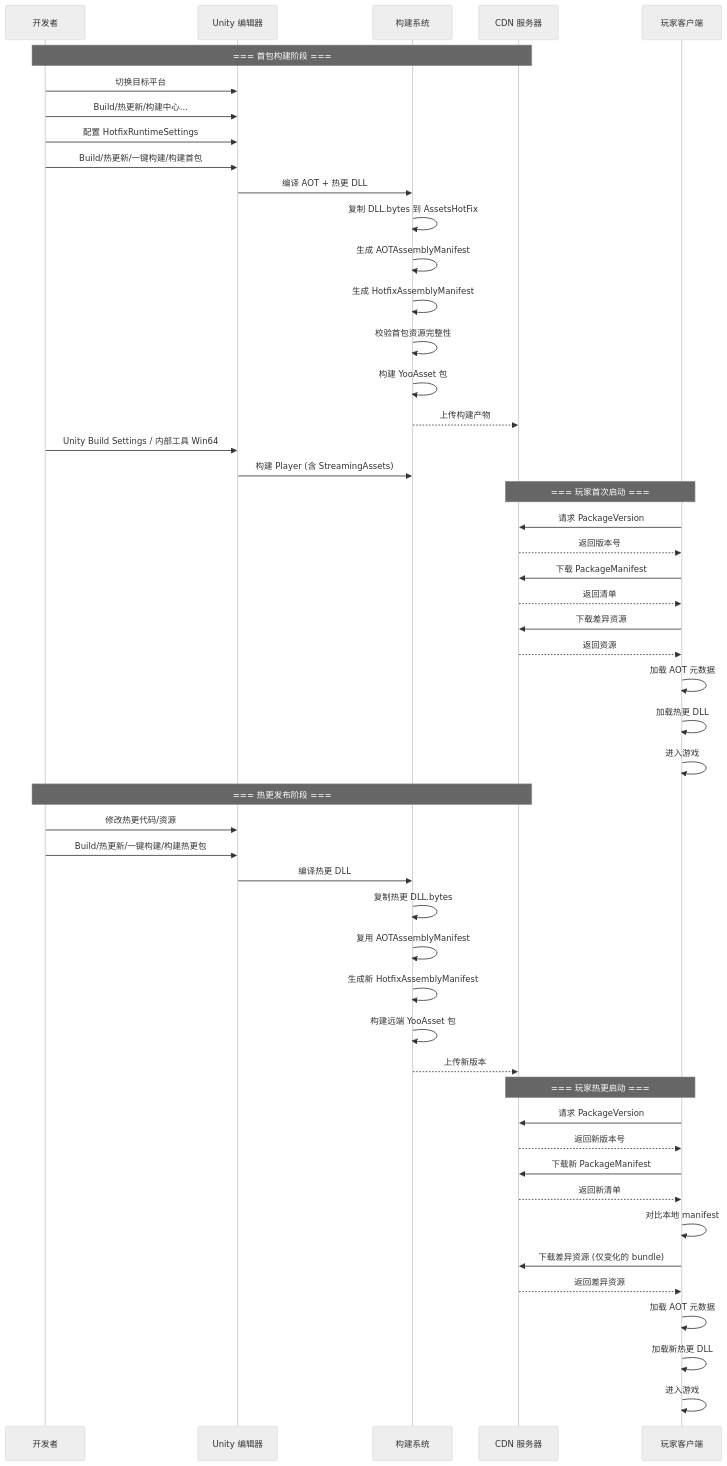
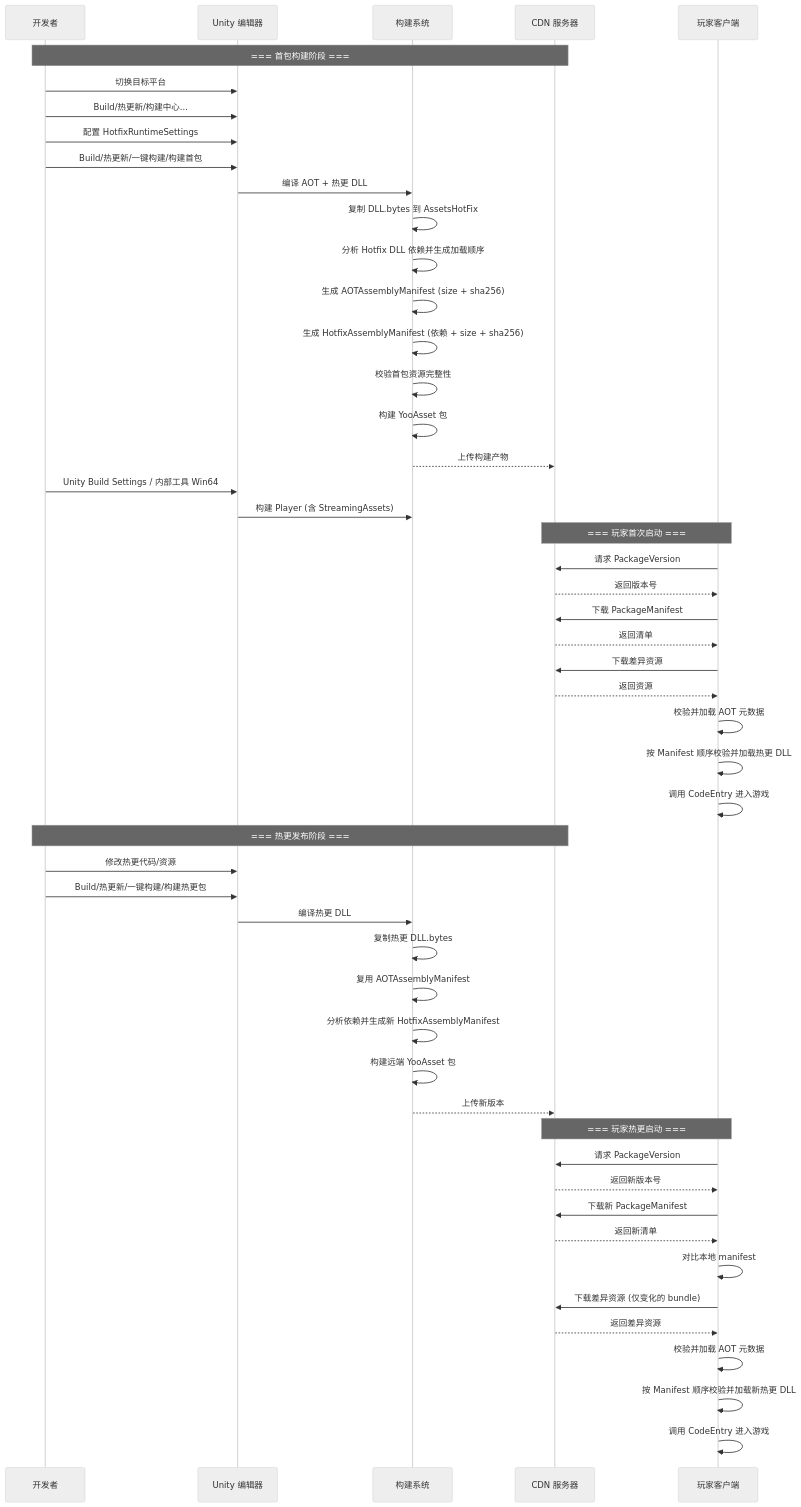
One commit to RyuRae/qframework-hotfix changed the fifth of 5 diagrams in README.md. Above: the diagram before and after it, drawn with Mermaid (neutral theme). The commit also changed other lines of this file and 4 other files, not shown here.

````diff
--- a/README.md
+++ b/README.md
@@ -327,61 +329,62 @@
 ```mermaid
 sequenceDiagram
     participant Dev as 开发者
     participant Unity as Unity 编辑器
     participant Build as 构建系统
     participant CDN as CDN 服务器
     participant Player as 玩家客户端
 
     Note over Dev,CDN: === 首包构建阶段 ===
 
     Dev->>Unity: 切换目标平台
     Dev->>Unity: Build/热更新/构建中心...
     Dev->>Unity: 配置 HotfixRuntimeSettings
     Dev->>Unity: Build/热更新/一键构建/构建首包
     Unity->>Build: 编译 AOT + 热更 DLL
     Build->>Build: 复制 DLL.bytes 到 AssetsHotFix
-    Build->>Build: 生成 AOTAssemblyManifest
-    Build->>Build: 生成 HotfixAssemblyManifest
+    Build->>Build: 分析 Hotfix DLL 依赖并生成加载顺序
+    Build->>Build: 生成 AOTAssemblyManifest (size + sha256)
+    Build->>Build: 生成 HotfixAssemblyManifest (依赖 + size + sha256)
     Build->>Build: 校验首包资源完整性
     Build->>Build: 构建 YooAsset 包
     Build-->>CDN: 上传构建产物
 
     Dev->>Unity: Unity Build Settings / 内部工具 Win64
     Unity->>Build: 构建 Player (含 StreamingAssets)
 
     Note over Player,CDN: === 玩家首次启动 ===
 
     Player->>CDN: 请求 PackageVersion
     CDN-->>Player: 返回版本号
     Player->>CDN: 下载 PackageManifest
     CDN-->>Player: 返回清单
     Player->>CDN: 下载差异资源
     CDN-->>Player: 返回资源
-    Player->>Player: 加载 AOT 元数据
-    Player->>Player: 加载热更 DLL
-    Player->>Player: 进入游戏
+    Player->>Player: 校验并加载 AOT 元数据
+    Player->>Player: 按 Manifest 顺序校验并加载热更 DLL
+    Player->>Player: 调用 CodeEntry 进入游戏
 
     Note over Dev,CDN: === 热更发布阶段 ===
 
     Dev->>Unity: 修改热更代码/资源
     Dev->>Unity: Build/热更新/一键构建/构建热更包
     Unity->>Build: 编译热更 DLL
     Build->>Build: 复制热更 DLL.bytes
     Build->>Build: 复用 AOTAssemblyManifest
-    Build->>Build: 生成新 HotfixAssemblyManifest
+    Build->>Build: 分析依赖并生成新 HotfixAssemblyManifest
     Build->>Build: 构建远端 YooAsset 包
     Build-->>CDN: 上传新版本
 
     Note over Player,CDN: === 玩家热更启动 ===
 
     Player->>CDN: 请求 PackageVersion
     CDN-->>Player: 返回新版本号
     Player->>CDN: 下载新 PackageManifest
     CDN-->>Player: 返回新清单
     Player->>Player: 对比本地 manifest
     Player->>CDN: 下载差异资源 (仅变化的 bundle)
     CDN-->>Player: 返回差异资源
-    Player->>Player: 加载 AOT 元数据
-    Player->>Player: 加载新热更 DLL
-    Player->>Player: 进入游戏
+    Player->>Player: 校验并加载 AOT 元数据
+    Player->>Player: 按 Manifest 顺序校验并加载新热更 DLL
+    Player->>Player: 调用 CodeEntry 进入游戏
 ```
````
